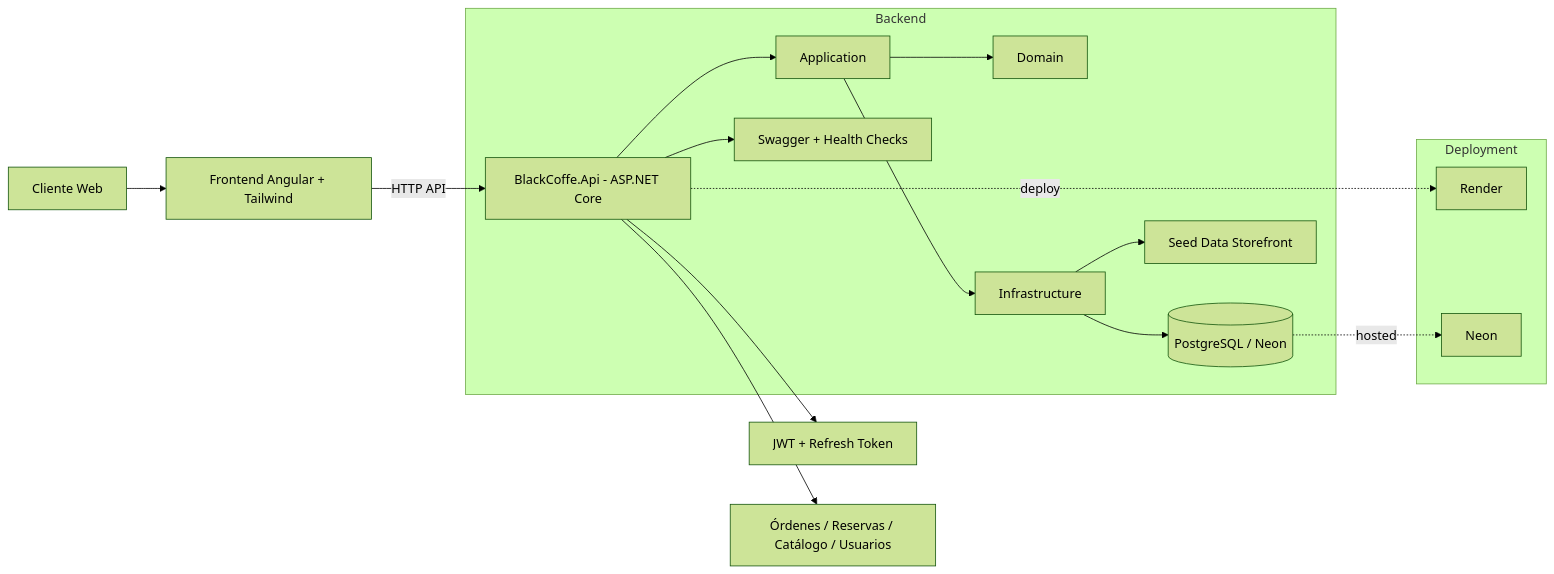
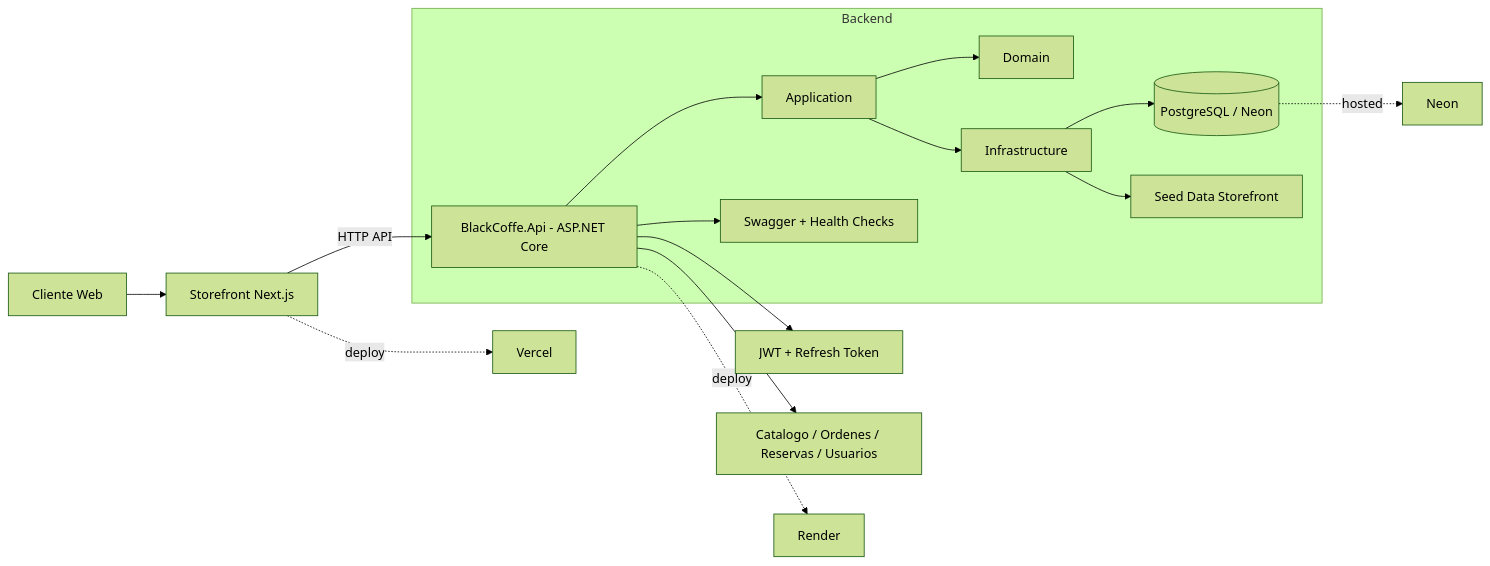
The diagram in docs/analisis-producto-y-mejoras.md (142563/Black-Coffe), drawn with Mermaid (forest theme) before and after one commit. The commit also changed other lines of this file and 60 other files, not shown here.

Commit message:
chore: cut over storefront to vercel

````diff
--- a/docs/analisis-producto-y-mejoras.md
+++ b/docs/analisis-producto-y-mejoras.md
@@ -59,25 +25,21 @@
 ```mermaid
 flowchart LR
-    U[Cliente Web] --> F[Frontend Angular + Tailwind]
+    U[Cliente Web] --> F[Storefront Next.js]
     F -->|HTTP API| A[BlackCoffe.Api - ASP.NET Core]
 
     subgraph Backend
       A --> APP[Application]
       APP --> D[Domain]
       APP --> I[Infrastructure]
       I --> DB[(PostgreSQL / Neon)]
       I --> SEED[Seed Data Storefront]
       A --> SW[Swagger + Health Checks]
     end
 
     A --> AUTH[JWT + Refresh Token]
-    A --> ORD[Órdenes / Reservas / Catálogo / Usuarios]
+    A --> ORD[Catalogo / Ordenes / Reservas / Usuarios]
 
-    subgraph Deployment
-      R[Render]
-      N[Neon]
-    end
-
-    A -. deploy .-> R
-    DB -. hosted .-> N
+    F -. deploy .-> V[Vercel]
+    A -. deploy .-> R[Render]
+    DB -. hosted .-> N[Neon]
 ```
````
